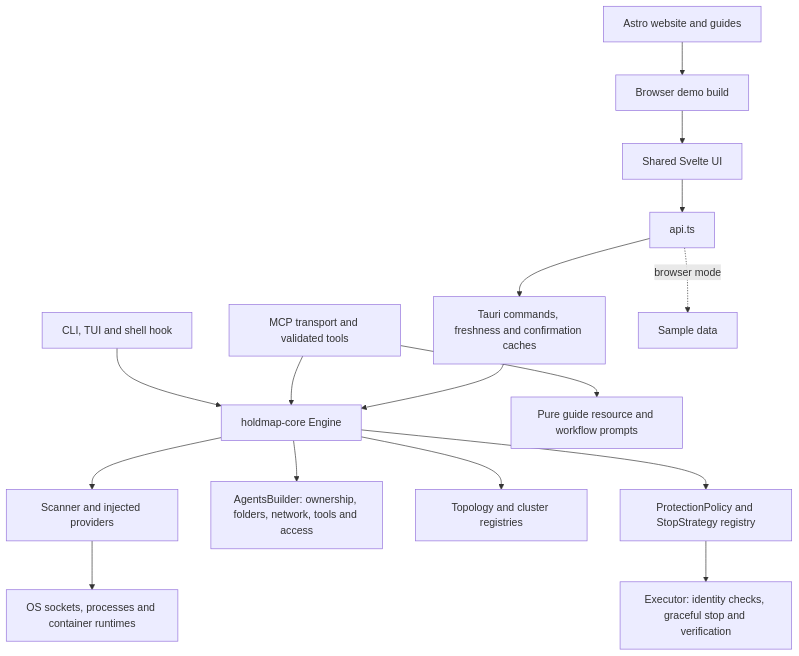
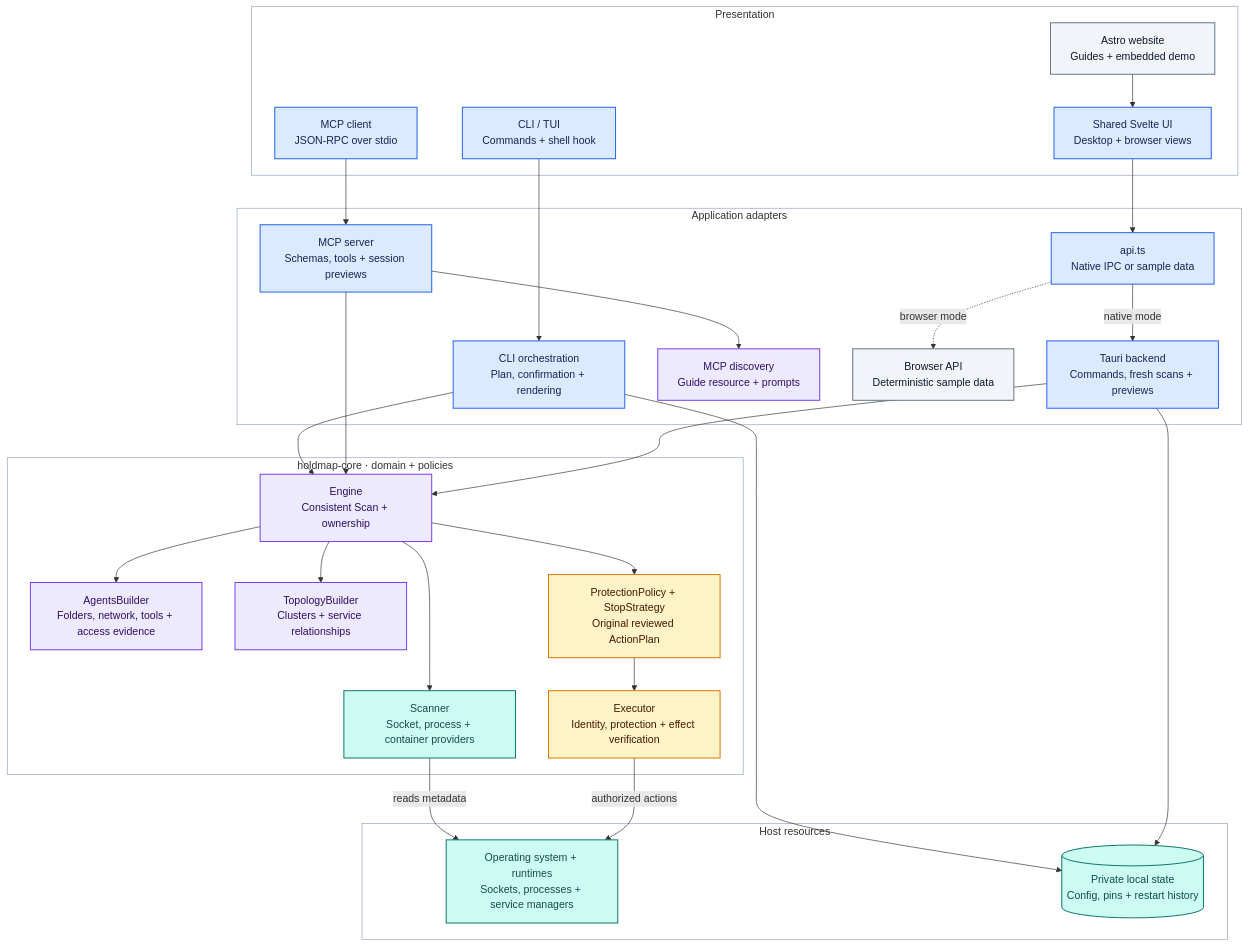
One commit to santoshshinde2012/holdmap changed the first of 7 diagrams in docs/architecture.md. Above: the diagram before and after it, drawn with Mermaid. The commit also changed other lines of this file and 29 other files, not shown here.

First line of the commit message:
Finalize security, architecture documentation and website SEO (#21)

````diff
--- a/docs/architecture.md
+++ b/docs/architecture.md
@@ -13,18 +13,63 @@
 ```mermaid
 flowchart TB
-  CLI["CLI, TUI and shell hook"] --> ENGINE["holdmap-core Engine"]
-  MCP["MCP transport and validated tools"] --> ENGINE
-  MCP --> CONTEXT["Pure guide resource and workflow prompts"]
-  UI["Shared Svelte UI"] --> API["api.ts"]
-  API --> NATIVE["Tauri commands, freshness and confirmation caches"]
-  NATIVE --> ENGINE
-  SITE["Astro website and guides"] --> DEMO["Browser demo build"]
-  DEMO --> UI
-  API -. "browser mode" .-> MOCK["Sample data"]
-  ENGINE --> SCAN["Scanner and injected providers"]
-  SCAN --> OS["OS sockets, processes and container runtimes"]
-  ENGINE --> AGENTS["AgentsBuilder: ownership, folders, network, tools and access"]
-  ENGINE --> GRAPH["Topology and cluster registries"]
-  ENGINE --> PLAN["ProtectionPolicy and StopStrategy registry"]
-  PLAN --> EXEC["Executor: identity checks, graceful stop and verification"]
+  accTitle: Holdmap components and authority boundaries
+  accDescr: Native interfaces call the shared core through application adapters. The public website uses a sample-data API. Collection, visibility, planning and execution have separate responsibilities.
+
+  subgraph INTERFACES["Presentation"]
+    CLI["CLI / TUI<br/>Commands + shell hook"]
+    MCP["MCP client<br/>JSON-RPC over stdio"]
+    UI["Shared Svelte UI<br/>Desktop + browser views"]
+    SITE["Astro website<br/>Guides + embedded demo"]
+  end
+
+  subgraph ADAPTERS["Application adapters"]
+    CLI_APP["CLI orchestration<br/>Plan, confirmation + rendering"]
+    MCP_APP["MCP server<br/>Schemas, tools + session previews"]
+    NATIVE["Tauri backend<br/>Commands, fresh scans + previews"]
+    API["api.ts<br/>Native IPC or sample data"]
+    CONTEXT["MCP discovery<br/>Guide resource + prompts"]
+    MOCK["Browser API<br/>Deterministic sample data"]
+  end
+
+  subgraph DOMAIN["holdmap-core · domain + policies"]
+    SCAN["Scanner<br/>Socket, process + container providers"]
+    ENGINE["Engine<br/>Consistent Scan + ownership"]
+    AGENTS["AgentsBuilder<br/>Folders, network, tools + access evidence"]
+    GRAPH["TopologyBuilder<br/>Clusters + service relationships"]
+    PLAN["ProtectionPolicy + StopStrategy<br/>Original reviewed ActionPlan"]
+    EXEC["Executor<br/>Identity, protection + effect verification"]
+    ENGINE --> SCAN & AGENTS & GRAPH & PLAN
+    PLAN --> EXEC
+  end
+
+  subgraph HOST["Host resources"]
+    OS["Operating system + runtimes<br/>Sockets, processes + service managers"]
+    STORE[("Private local state<br/>Config, pins + restart history")]
+  end
+
+  CLI --> CLI_APP
+  MCP --> MCP_APP --> CONTEXT
+  SITE --> UI --> API
+  API -->|native mode| NATIVE
+  API -.->|browser mode| MOCK
+  CLI_APP & MCP_APP & NATIVE --> ENGINE
+  SCAN -->|reads metadata| OS
+  EXEC -->|authorized actions| OS
+  CLI_APP & NATIVE --> STORE
+
+  style INTERFACES fill:transparent,stroke:#94A3B8,stroke-width:1px
+  style ADAPTERS fill:transparent,stroke:#94A3B8,stroke-width:1px
+  style DOMAIN fill:transparent,stroke:#94A3B8,stroke-width:1px
+  style HOST fill:transparent,stroke:#94A3B8,stroke-width:1px
+
+  classDef surface fill:#DBEAFE,stroke:#2563EB,color:#172554,stroke-width:1.5px
+  classDef domain fill:#EDE9FE,stroke:#7C3AED,color:#2E1065,stroke-width:1.5px
+  classDef safety fill:#FEF3C7,stroke:#D97706,color:#451A03,stroke-width:1.5px
+  classDef data fill:#CCFBF1,stroke:#0F766E,color:#134E4A,stroke-width:1.5px
+  classDef web fill:#F1F5F9,stroke:#64748B,color:#0F172A,stroke-width:1.5px
+  class CLI,MCP,UI,CLI_APP,MCP_APP,NATIVE,API surface
+  class ENGINE,AGENTS,GRAPH,CONTEXT domain
+  class PLAN,EXEC safety
+  class SCAN,OS,STORE data
+  class SITE,MOCK web
 ```
````
